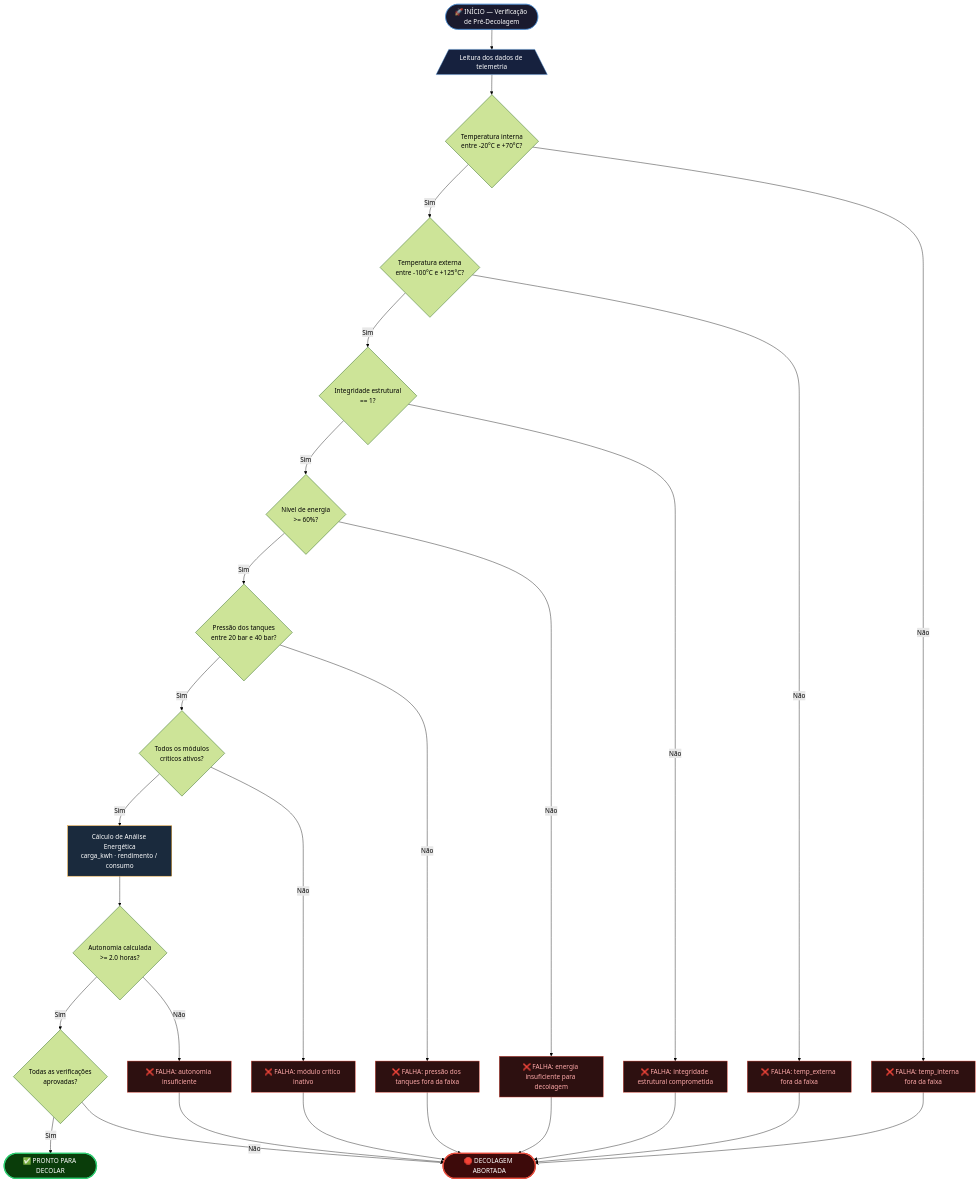
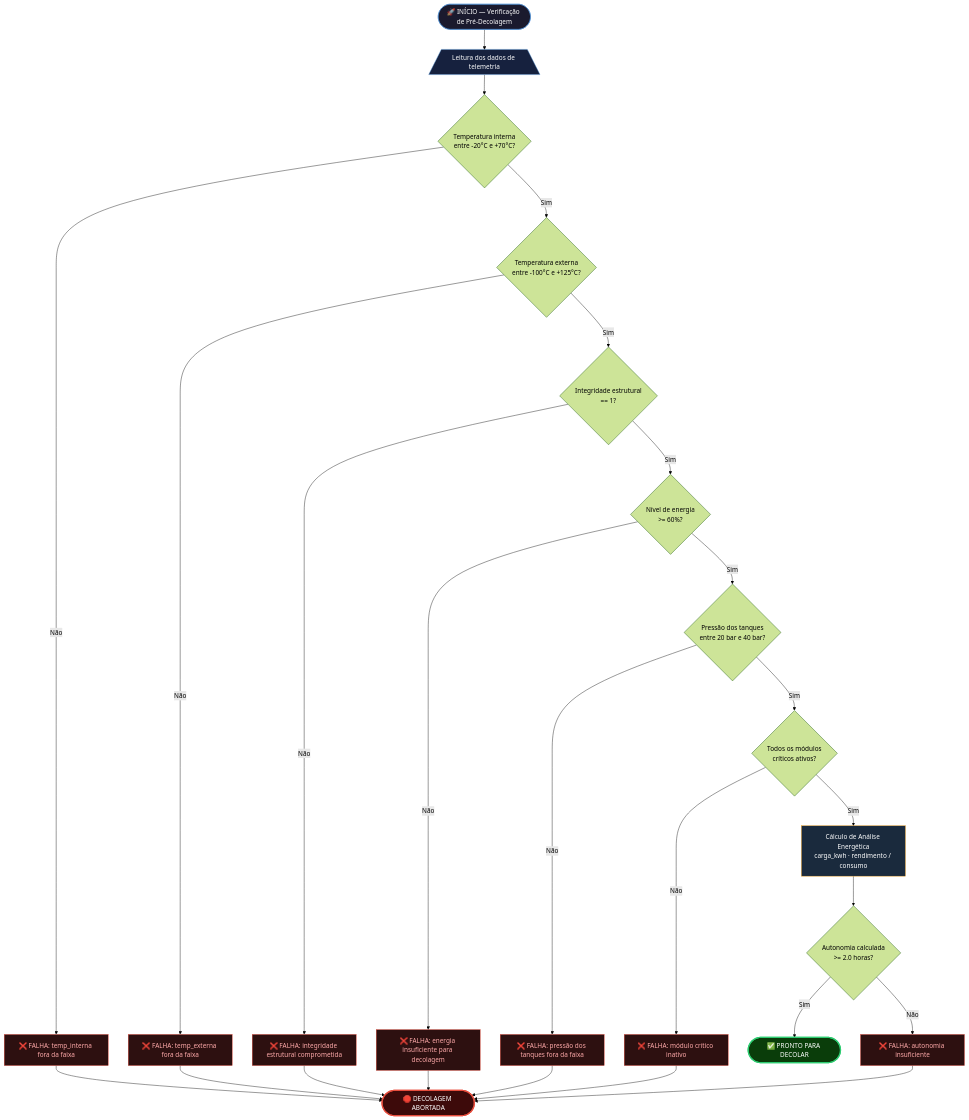
One commit to juliaramosguedes/fiap-fase-1-aurora-siger changed the diagram in verification_flowchart.md. Above: the diagram before and after it, drawn with Mermaid (forest theme). The commit also changed other lines of this file, not shown here.

Commit message:
feat: update flowchart description

````diff
--- a/verification_flowchart.md
+++ b/verification_flowchart.md
@@ -6,59 +6,55 @@
 ```mermaid
 flowchart TD
     START([🚀 INÍCIO — Verificação de Pré-Decolagem]) --> READ
 
     READ[/Leitura dos dados de telemetria\] --> T1
 
     T1{Temperatura interna\nentre -20°C e +70°C?}
     T1 -- Sim --> T2
     T1 -- Não --> ABORT_T1[❌ FALHA: temp_interna fora da faixa]
 
     T2{Temperatura externa\nentre -100°C e +125°C?}
     T2 -- Sim --> T3
     T2 -- Não --> ABORT_T2[❌ FALHA: temp_externa fora da faixa]
 
     T3{Integridade estrutural\n== 1?}
     T3 -- Sim --> T4
     T3 -- Não --> ABORT_T3[❌ FALHA: integridade estrutural comprometida]
 
     T4{Nível de energia\n>= 60%?}
     T4 -- Sim --> T5
     T4 -- Não --> ABORT_T4[❌ FALHA: energia insuficiente para decolagem]
 
     T5{Pressão dos tanques\nentre 20 bar e 40 bar?}
     T5 -- Sim --> T6
     T5 -- Não --> ABORT_T5[❌ FALHA: pressão dos tanques fora da faixa]
 
     T6{Todos os módulos\ncríticos ativos?}
     T6 -- Sim --> ENERGY
     T6 -- Não --> ABORT_T6[❌ FALHA: módulo crítico inativo]
 
     ENERGY[Cálculo de Análise Energética\ncarga_kwh · rendimento / consumo]
     ENERGY --> T7
 
     T7{Autonomia calculada\n>= 2.0 horas?}
-    T7 -- Sim --> ALLOK
+    T7 -- Sim --> READY
     T7 -- Não --> ABORT_T7[❌ FALHA: autonomia insuficiente]
-
-    ALLOK{Todas as verificações\naprovadas?}
-    ALLOK -- Sim --> READY
-    ALLOK -- Não --> ABORT_FINAL
 
     ABORT_T1 & ABORT_T2 & ABORT_T3 & ABORT_T4 & ABORT_T5 & ABORT_T6 & ABORT_T7 --> ABORT_FINAL
 
     READY([✅ PRONTO PARA DECOLAR])
     ABORT_FINAL([🛑 DECOLAGEM ABORTADA])
 
     style START fill:#1a1a2e,color:#fff,stroke:#4a90d9
     style READ fill:#16213e,color:#fff,stroke:#4a90d9
     style READY fill:#0a3d0a,color:#fff,stroke:#2ecc71,stroke-width:3px
     style ABORT_FINAL fill:#3d0a0a,color:#fff,stroke:#e74c3c,stroke-width:3px
     style ABORT_T1 fill:#2d1010,color:#ffaaaa,stroke:#e74c3c
     style ABORT_T2 fill:#2d1010,color:#ffaaaa,stroke:#e74c3c
     style ABORT_T3 fill:#2d1010,color:#ffaaaa,stroke:#e74c3c
     style ABORT_T4 fill:#2d1010,color:#ffaaaa,stroke:#e74c3c
     style ABORT_T5 fill:#2d1010,color:#ffaaaa,stroke:#e74c3c
     style ABORT_T6 fill:#2d1010,color:#ffaaaa,stroke:#e74c3c
     style ABORT_T7 fill:#2d1010,color:#ffaaaa,stroke:#e74c3c
     style ENERGY fill:#1a2a3d,color:#fff,stroke:#f39c12
 ```
````
